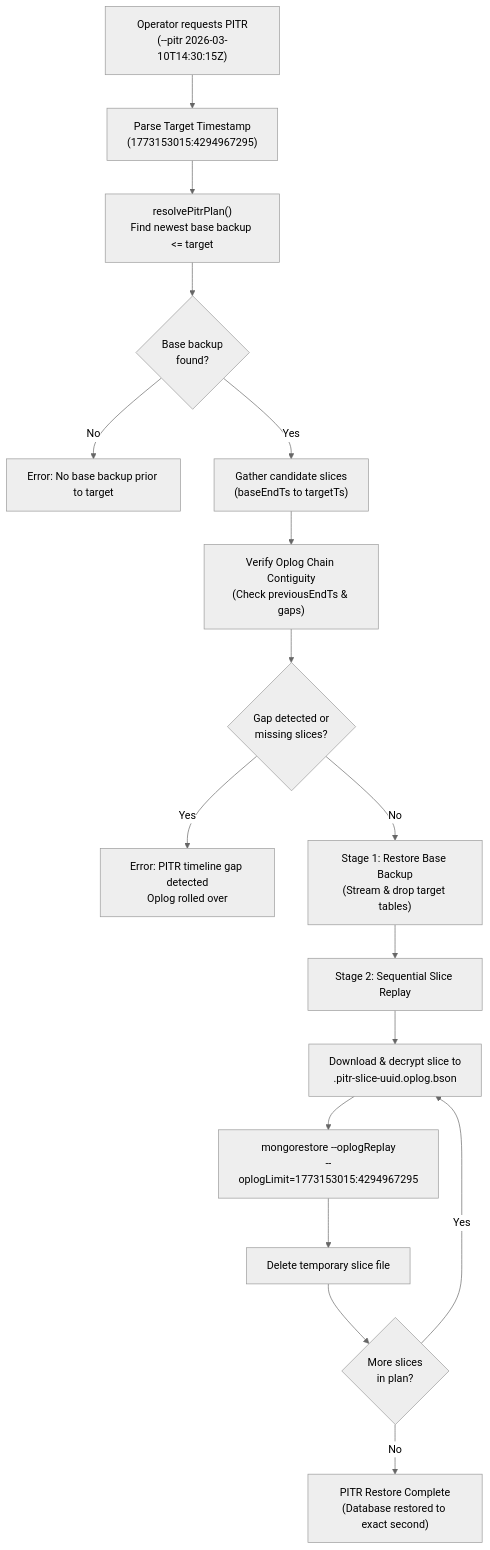
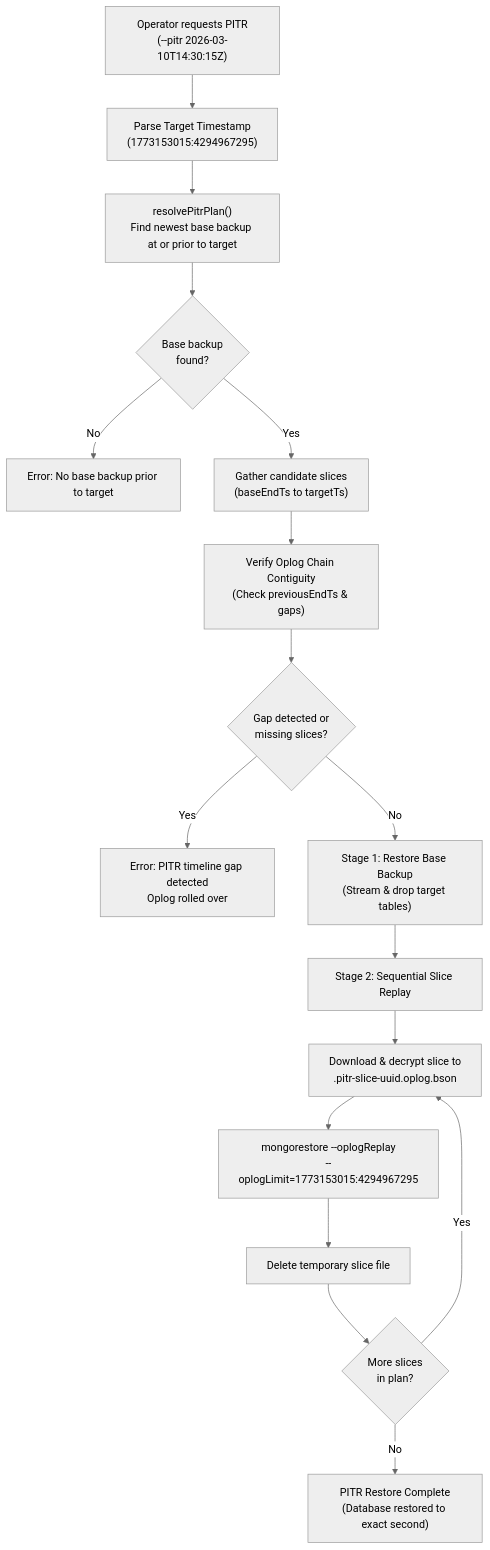
The tenth of 11 diagrams in README.md (bhatbazik/MongoVault), drawn with Mermaid (neutral theme) before and after one commit. The commit also changed other lines of this file, not shown here.

Commit message:
docs: improve README with grammar and mermaid diagram updates

````diff
--- a/README.md
+++ b/README.md
@@ -1176,21 +1176,21 @@
 ```mermaid
 flowchart TD
-    A["Operator requests PITR\n(--pitr 2026-03-10T14:30:15Z)"] --> B["Parse Target Timestamp\n(1773153015:4294967295)"]
-    B --> C["resolvePitrPlan()\nFind newest base backup <= target"]
-    C --> D{"Base backup\nfound?"}
+    A["Operator requests PITR<br/>(--pitr 2026-03-10T14:30:15Z)"] --> B["Parse Target Timestamp<br/>(1773153015:4294967295)"]
+    B --> C["resolvePitrPlan()<br/>Find newest base backup at or prior to target"]
+    C --> D{"Base backup<br/>found?"}
     D -- No --> E["Error: No base backup prior to target"]
-    D -- Yes --> F["Gather candidate slices\n(baseEndTs to targetTs)"]
+    D -- Yes --> F["Gather candidate slices<br/>(baseEndTs to targetTs)"]
 
-    F --> G["Verify Oplog Chain Contiguity\n(Check previousEndTs & gaps)"]
-    G --> H{"Gap detected or\nmissing slices?"}
-    H -- Yes --> I["Error: PITR timeline gap detected\nOplog rolled over"]
-    H -- No --> J["Stage 1: Restore Base Backup\n(Stream & drop target tables)"]
+    F --> G["Verify Oplog Chain Contiguity<br/>(Check previousEndTs & gaps)"]
+    G --> H{"Gap detected or<br/>missing slices?"}
+    H -- Yes --> I["Error: PITR timeline gap detected<br/>Oplog rolled over"]
+    H -- No --> J["Stage 1: Restore Base Backup<br/>(Stream & drop target tables)"]
 
     J --> K["Stage 2: Sequential Slice Replay"]
-    K --> L["Download & decrypt slice to\n.pitr-slice-uuid.oplog.bson"]
-    L --> M["mongorestore --oplogReplay\n--oplogLimit=1773153015:4294967295"]
+    K --> L["Download & decrypt slice to<br/>.pitr-slice-uuid.oplog.bson"]
+    L --> M["mongorestore --oplogReplay<br/>--oplogLimit=1773153015:4294967295"]
     M --> N["Delete temporary slice file"]
-    N --> O{"More slices\nin plan?"}
+    N --> O{"More slices<br/>in plan?"}
     O -- Yes --> L
-    O -- No --> P["PITR Restore Complete\n(Database restored to exact second)"]
+    O -- No --> P["PITR Restore Complete<br/>(Database restored to exact second)"]
 ```
````
